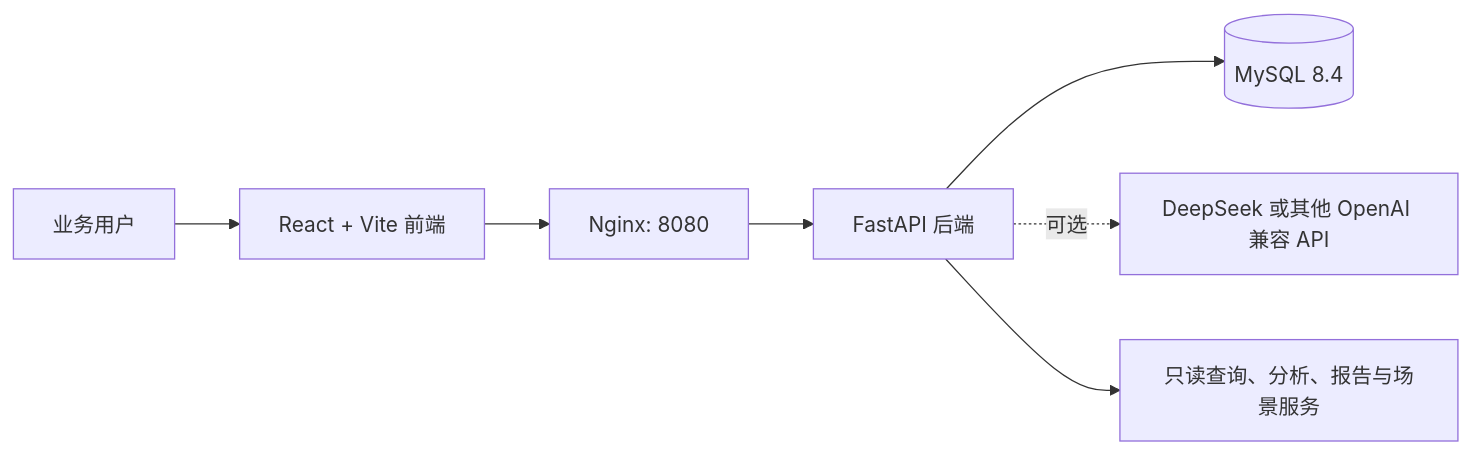
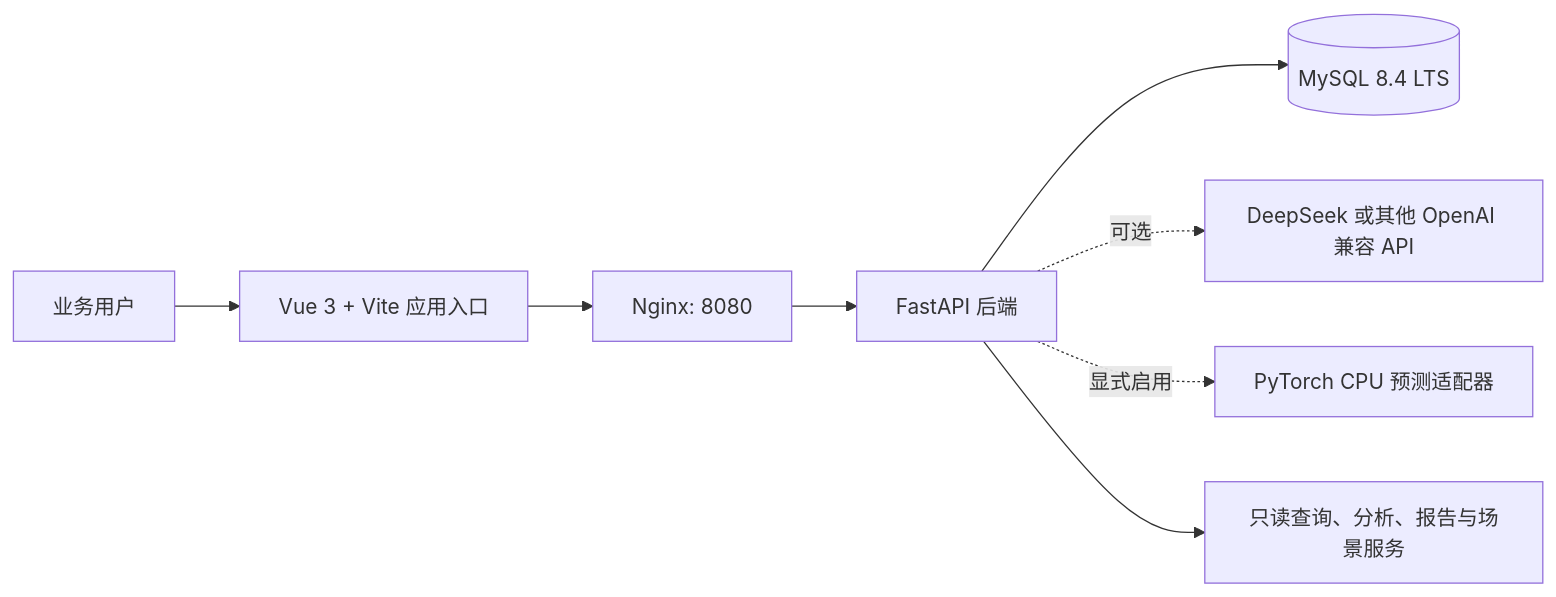
Before and after one commit to Egosist-yeqi/smart-bi-insight-report-platform: the diagram in 文档/系统设计说明书.md, drawn with Mermaid. The commit also changed other lines of this file and 33 other files, not shown here.

````diff
--- a/文档/系统设计说明书.md
+++ b/文档/系统设计说明书.md
@@ -11,9 +11,10 @@
 ```mermaid
 flowchart LR
-    U[业务用户] --> F[React + Vite 前端]
+    U[业务用户] --> F[Vue 3 + Vite 应用入口]
     F --> N[Nginx: 8080]
     N --> A[FastAPI 后端]
-    A --> M[(MySQL 8.4)]
+    A --> M[(MySQL 8.4 LTS)]
     A -.可选.-> L[DeepSeek 或其他 OpenAI 兼容 API]
+    A -.显式启用.-> T[PyTorch CPU 预测适配器]
     A --> R[只读查询、分析、报告与场景服务]
 ```
````
